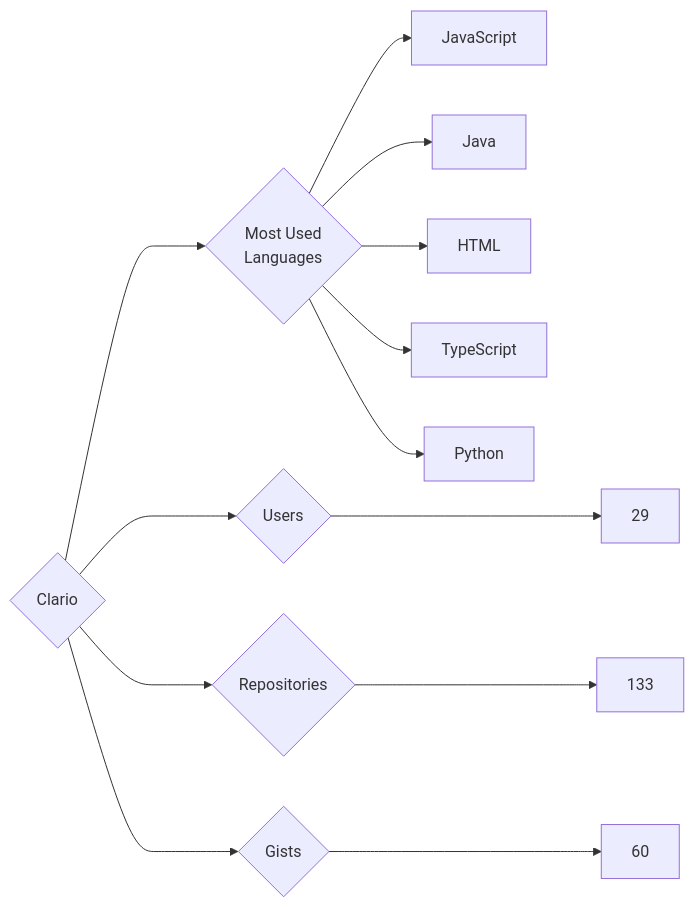
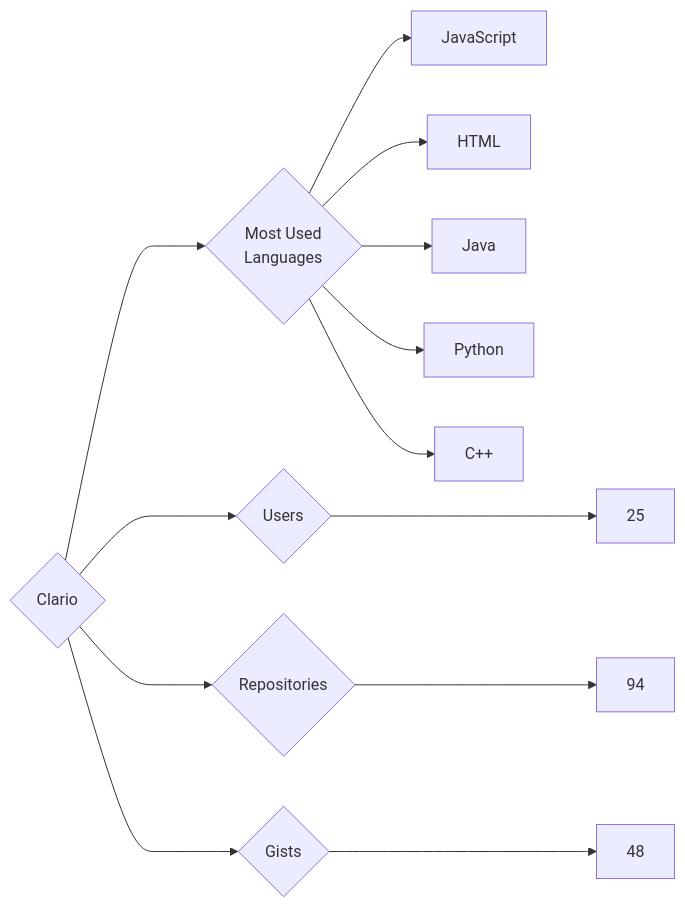
One commit to trickest/insiders changed the diagram in targets/Clario/README.md. Above: the diagram before and after it, drawn with Mermaid. The commit also changed 837 other files, not shown here.

````diff
--- a/targets/Clario/README.md
+++ b/targets/Clario/README.md
@@ -3,13 +3,13 @@
 ```mermaid
 graph LR
 COMPANY_NAME{Clario}
-COMPANY_NAME ---> U{Users} ---> UN[29]
-COMPANY_NAME ---> R{Repositories} ---> RN[133]
-COMPANY_NAME ---> G{Gists} ---> GN[60]
+COMPANY_NAME ---> U{Users} ---> UN[25]
+COMPANY_NAME ---> R{Repositories} ---> RN[94]
+COMPANY_NAME ---> G{Gists} ---> GN[48]
 COMPANY_NAME ---> ML{Most Used<br>Languages}
 ML --> JavaScript[JavaScript]
+ML --> HTML[HTML]
 ML --> Java[Java]
-ML --> HTML[HTML]
-ML --> TypeScript[TypeScript]
 ML --> Python[Python]
+ML --> C++[C++]
 ```
````
